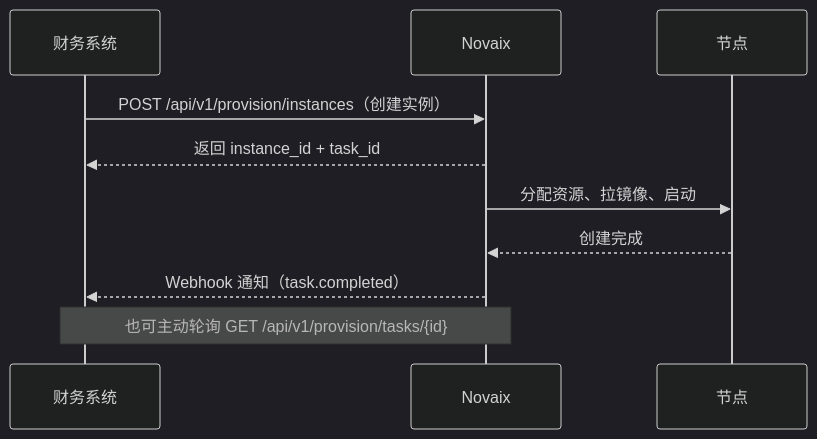
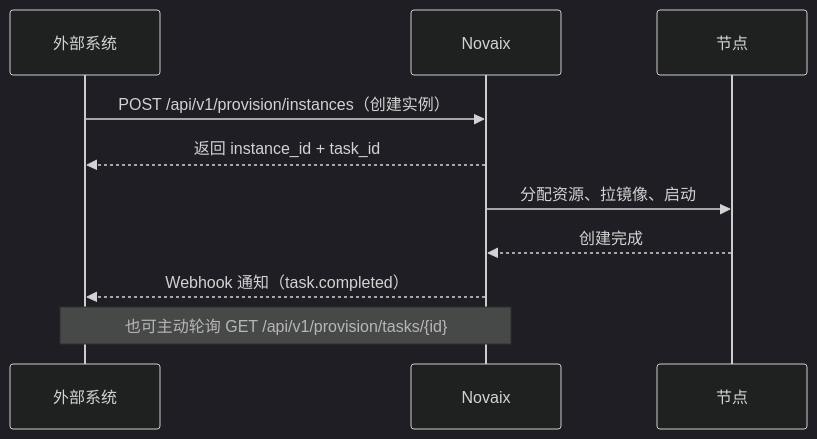
Before and after one commit to huohuastudio/docs: the diagram in docs/novaix/integration.md, drawn with Mermaid (dark theme). The commit also changed other lines of this file and 4 other files, not shown here.

````diff
--- a/docs/novaix/integration.md
+++ b/docs/novaix/integration.md
@@ -25,13 +25,13 @@
 ```mermaid
 sequenceDiagram
-    participant F as 财务系统
+    participant F as 外部系统
     participant N as Novaix
     participant S as 节点
 
     F->>N: POST /api/v1/provision/instances（创建实例）
     N-->>F: 返回 instance_id + task_id
     N->>S: 分配资源、拉镜像、启动
     S-->>N: 创建完成
     N-->>F: Webhook 通知（task.completed）
     Note over F,N: 也可主动轮询 GET /api/v1/provision/tasks/{id}
 ```
````
